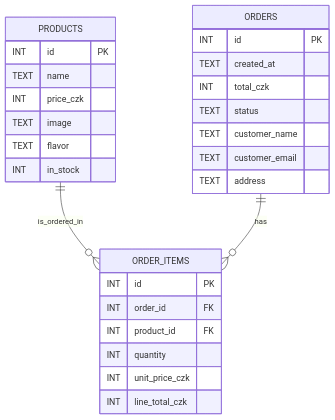
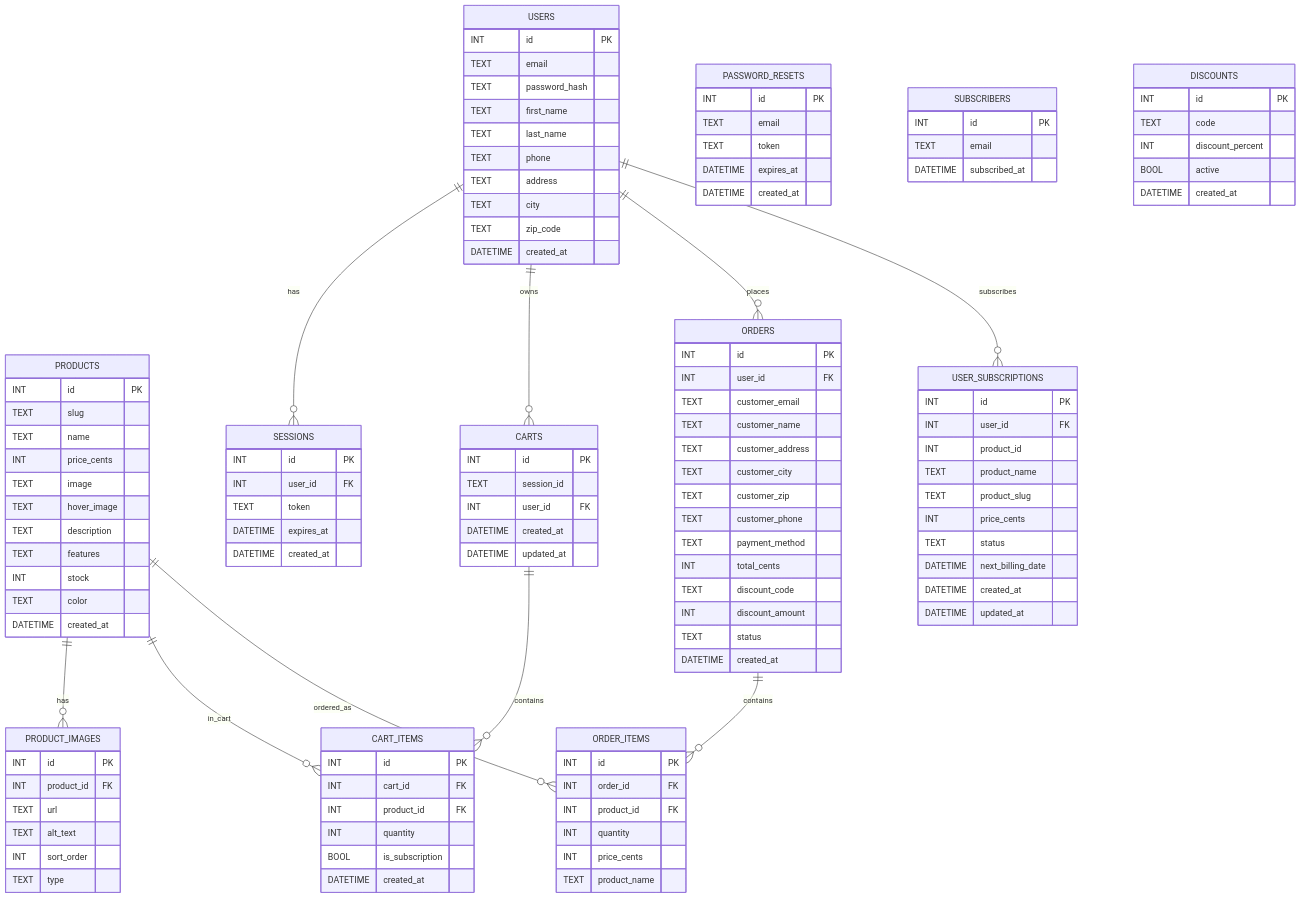
Before and after one commit to koudelkaMatej/Maturitni_projekty_EP4A_1.pol: the diagram in Housa Jakub/docs/diagrams/er-recommended.mmd, drawn with Mermaid. The commit also changed 910 other files, not shown here.

```diff
--- a/Housa Jakub/docs/diagrams/er-recommended.mmd
+++ b/Housa Jakub/docs/diagrams/er-recommended.mmd
@@ -1,29 +1,121 @@
 erDiagram
   PRODUCTS {
     INT id PK
+    TEXT slug
     TEXT name
-    INT price_czk
+    INT price_cents
     TEXT image
-    TEXT flavor
-    INT in_stock
+    TEXT hover_image
+    TEXT description
+    TEXT features
+    INT stock
+    TEXT color
+    DATETIME created_at
+  }
+  PRODUCT_IMAGES {
+    INT id PK
+    INT product_id FK
+    TEXT url
+    TEXT alt_text
+    INT sort_order
+    TEXT type
+  }
+  USERS {
+    INT id PK
+    TEXT email
+    TEXT password_hash
+    TEXT first_name
+    TEXT last_name
+    TEXT phone
+    TEXT address
+    TEXT city
+    TEXT zip_code
+    DATETIME created_at
+  }
+  SESSIONS {
+    INT id PK
+    INT user_id FK
+    TEXT token
+    DATETIME expires_at
+    DATETIME created_at
+  }
+  PASSWORD_RESETS {
+    INT id PK
+    TEXT email
+    TEXT token
+    DATETIME expires_at
+    DATETIME created_at
+  }
+  CARTS {
+    INT id PK
+    TEXT session_id
+    INT user_id FK
+    DATETIME created_at
+    DATETIME updated_at
+  }
+  CART_ITEMS {
+    INT id PK
+    INT cart_id FK
+    INT product_id FK
+    INT quantity
+    BOOL is_subscription
+    DATETIME created_at
   }
   ORDERS {
     INT id PK
-    TEXT created_at
-    INT total_czk
+    INT user_id FK
+    TEXT customer_email
+    TEXT customer_name
+    TEXT customer_address
+    TEXT customer_city
+    TEXT customer_zip
+    TEXT customer_phone
+    TEXT payment_method
+    INT total_cents
+    TEXT discount_code
+    INT discount_amount
     TEXT status
-    TEXT customer_name
-    TEXT customer_email
-    TEXT address
+    DATETIME created_at
   }
   ORDER_ITEMS {
     INT id PK
     INT order_id FK
     INT product_id FK
     INT quantity
-    INT unit_price_czk
-    INT line_total_czk
+    INT price_cents
+    TEXT product_name
+  }
+  USER_SUBSCRIPTIONS {
+    INT id PK
+    INT user_id FK
+    INT product_id
+    TEXT product_name
+    TEXT product_slug
+    INT price_cents
+    TEXT status
+    DATETIME next_billing_date
+    DATETIME created_at
+    DATETIME updated_at
+  }
+  SUBSCRIBERS {
+    INT id PK
+    TEXT email
+    DATETIME subscribed_at
+  }
+  DISCOUNTS {
+    INT id PK
+    TEXT code
+    INT discount_percent
+    BOOL active
+    DATETIME created_at
   }
 
-  PRODUCTS ||--o{ ORDER_ITEMS : is_ordered_in
-  ORDERS ||--o{ ORDER_ITEMS : has
+  PRODUCTS ||--o{ PRODUCT_IMAGES : has
+  PRODUCTS ||--o{ CART_ITEMS : in_cart
+  PRODUCTS ||--o{ ORDER_ITEMS : ordered_as
+  USERS ||--o{ SESSIONS : has
+  USERS ||--o{ CARTS : owns
+  USERS ||--o{ ORDERS : places
+  USERS ||--o{ USER_SUBSCRIPTIONS : subscribes
+  CARTS ||--o{ CART_ITEMS : contains
+  ORDERS ||--o{ ORDER_ITEMS : contains
```
